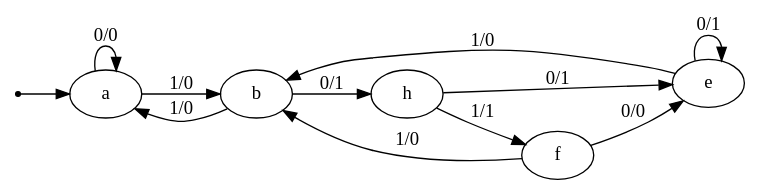
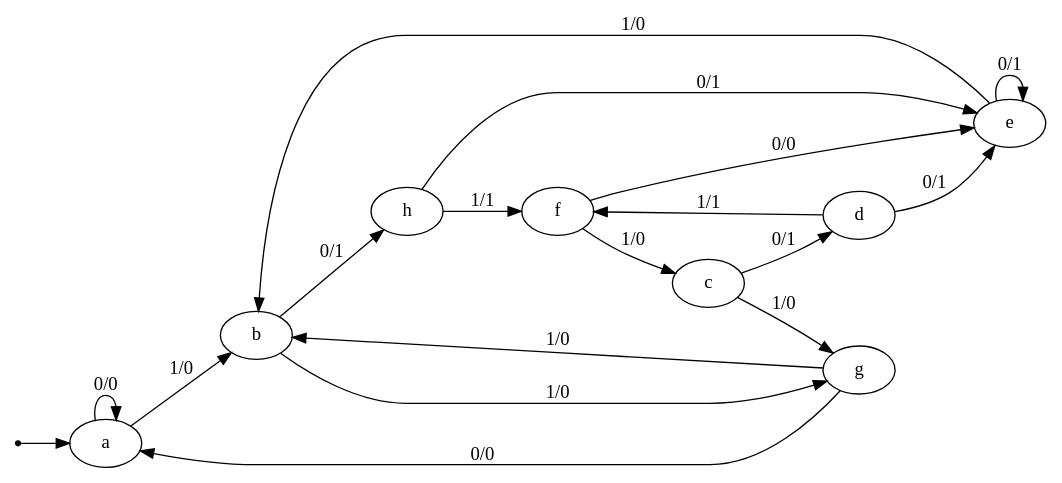
One commit to Ting-Tech/StateMinimization changed the diagram in example/myTest/testcase/test3/input.dot. Above: the diagram before and after it, drawn with Graphviz. The commit also changed 16 other files, not shown here.

```diff
--- a/example/myTest/testcase/test3/input.dot
+++ b/example/myTest/testcase/test3/input.dot
@@ -1,22 +1,31 @@
 digraph STG {
 	rankdir=LR;
 
 	INIT [shape=point];
 	a [label="a"];
 	b [label="b"];
 	h [label="h"];
+	g [label="g"];
+	c [label="c"];
+	d [label="d"];
 	e [label="e"];
 	f [label="f"];
 
 	INIT -> a;
 	a -> a [label="0/0"];
 	a -> b [label="1/0"];
-	b -> a [label="1/0"];
 	b -> h [label="0/1"];
+	b -> g [label="1/0"];
 	h -> e [label="0/1"];
 	h -> f [label="1/1"];
+	g -> a [label="0/0"];
+	g -> b [label="1/0"];
+	c -> d [label="0/1"];
+	c -> g [label="1/0"];
+	d -> e [label="0/1"];
+	d -> f [label="1/1"];
+	e -> e [label="0/1"];
 	e -> b [label="1/0"];
-	e -> e [label="0/1"];
-	f -> b [label="1/0"];
 	f -> e [label="0/0"];
+	f -> c [label="1/0"];
 }
```
